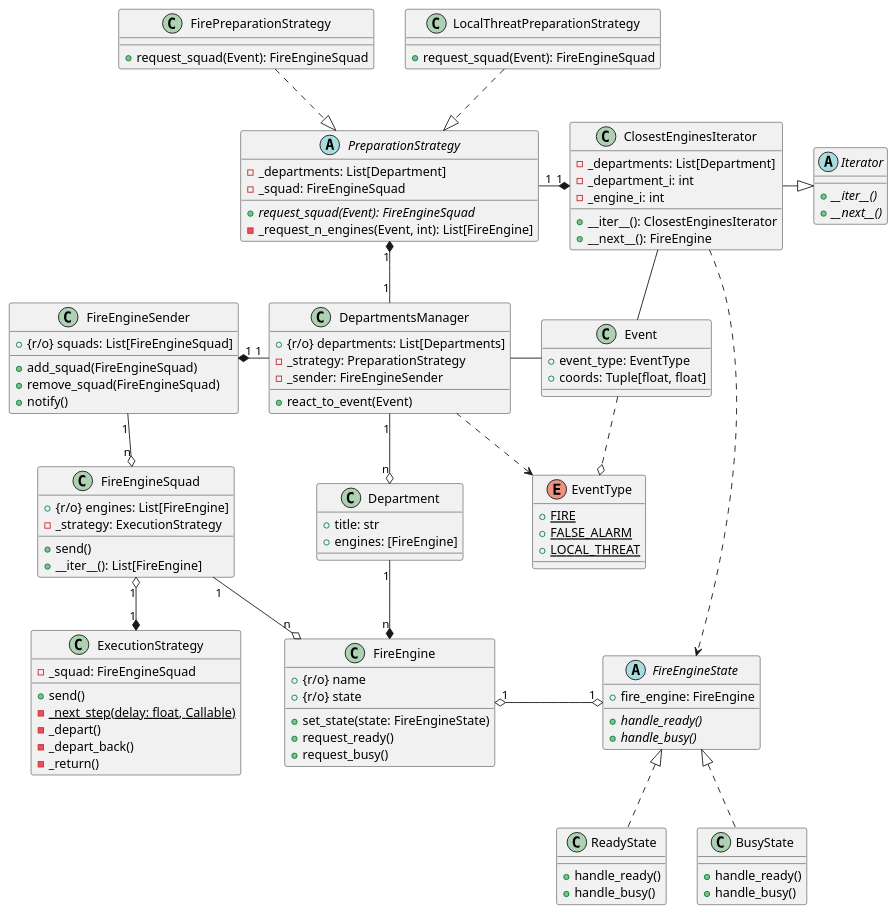
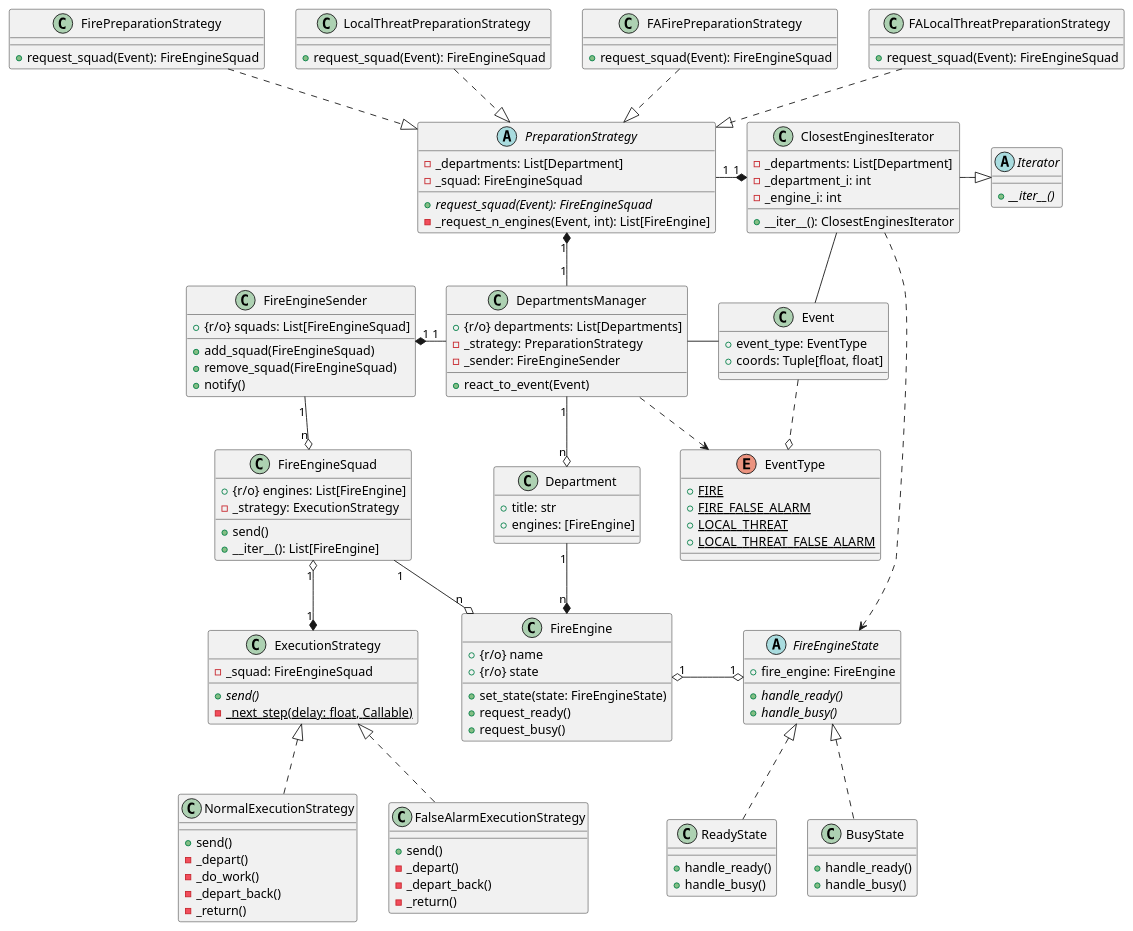
One commit to idfortytwo/to changed the diagram in lab5/uml.puml. Above: the diagram before and after it, drawn with PlantUML.

Commit message:
updated UML

```diff
--- a/lab5/uml.puml
+++ b/lab5/uml.puml
@@ -1,117 +1,136 @@
 @startuml
 
 abstract class FireEngineState {
     + fire_engine: FireEngine
     + {abstract} handle_ready()
     + {abstract} handle_busy()
 }
 class ReadyState {
     + handle_ready()
     + handle_busy()
 }
 class BusyState {
     + handle_ready()
     + handle_busy()
 }
 ReadyState .u-|> FireEngineState
 BusyState .u-|> FireEngineState
 
 class FireEngine {
     + {r/o} name
     + {r/o} state
     + set_state(state: FireEngineState)
     + request_ready()
     + request_busy()
 }
 FireEngine "1" o-r-o "1" FireEngineState
 
 class FireEngineSquad {
     + {r/o} engines: List[FireEngine]
     - _strategy: ExecutionStrategy
     + send()
     + __iter__(): List[FireEngine]
 }
 FireEngineSquad "1" --o "n" FireEngine
-FireEngineSquad "1" o--* "1" ExecutionStrategy
+FireEngineSquad "1" o-d-* "1" ExecutionStrategy
 
 
 enum EventType {
     + {static} FIRE
-    + {static} FALSE_ALARM
+    + {static} FIRE_FALSE_ALARM
     + {static} LOCAL_THREAT
+    + {static} LOCAL_THREAT_FALSE_ALARM
 }
 class Event {
     + event_type: EventType
     + coords: Tuple[float, float]
 }
 Event .d-o EventType
 
 class Department {
     + title: str
     + engines: [FireEngine]
 }
 abstract class Iterator {
     + {abstract} __iter__()
-    + {abstract} __next__()
 }
 class ClosestEnginesIterator {
     - _departments: List[Department]
     - _department_i: int
     - _engine_i: int
     + __iter__(): ClosestEnginesIterator
-    + __next__(): FireEngine
 }
 ClosestEnginesIterator --r|> Iterator
 ClosestEnginesIterator -- Event
 ClosestEnginesIterator .-> FireEngineState
 
 Department "1" --* "n" FireEngine
 
 abstract class PreparationStrategy {
     - _departments: List[Department]
     - _squad: FireEngineSquad
     + {abstract}  request_squad(Event): FireEngineSquad
     - _request_n_engines(Event, int): List[FireEngine]
 }
 PreparationStrategy "1" -r-* "1" ClosestEnginesIterator
 class FirePreparationStrategy {
     + request_squad(Event): FireEngineSquad
 }
 class LocalThreatPreparationStrategy {
     + request_squad(Event): FireEngineSquad
 }
+class FAFirePreparationStrategy {
+    + request_squad(Event): FireEngineSquad
+}
+class FALocalThreatPreparationStrategy {
+    + request_squad(Event): FireEngineSquad
+}
 FirePreparationStrategy .d-|> PreparationStrategy
 LocalThreatPreparationStrategy .d-|> PreparationStrategy
+FAFirePreparationStrategy .d-|> PreparationStrategy
+FALocalThreatPreparationStrategy .d-|> PreparationStrategy
 
 class ExecutionStrategy {
     - _squad: FireEngineSquad
+    + {abstract} send()
+    - {static} _next_step(delay: float, Callable)
+}
+class NormalExecutionStrategy {
     + send()
-    - {static} _next_step(delay: float, Callable)
+    - _depart()
+    - _do_work()
+    - _depart_back()
+    - _return()
+}
+class FalseAlarmExecutionStrategy {
+    + send()
     - _depart()
     - _depart_back()
     - _return()
 }
+NormalExecutionStrategy .u-|> ExecutionStrategy
+FalseAlarmExecutionStrategy .u-|> ExecutionStrategy
 
 
 class DepartmentsManager {
     + {r/o} departments: List[Departments]
     - _strategy: PreparationStrategy
     - _sender: FireEngineSender
     + react_to_event(Event)
 }
 DepartmentsManager "1" -u-* "1" PreparationStrategy
 DepartmentsManager -r- Event
 DepartmentsManager .l-> EventType
 DepartmentsManager "1" --o "n" Department
 
 
 class FireEngineSender {
     + {r/o} squads: List[FireEngineSquad]
     + add_squad(FireEngineSquad)
     + remove_squad(FireEngineSquad)
     + notify()
 }
 DepartmentsManager "1" -l-* "1" FireEngineSender
 FireEngineSender "1" -d-o "n" FireEngineSquad
 
 @enduml
```
